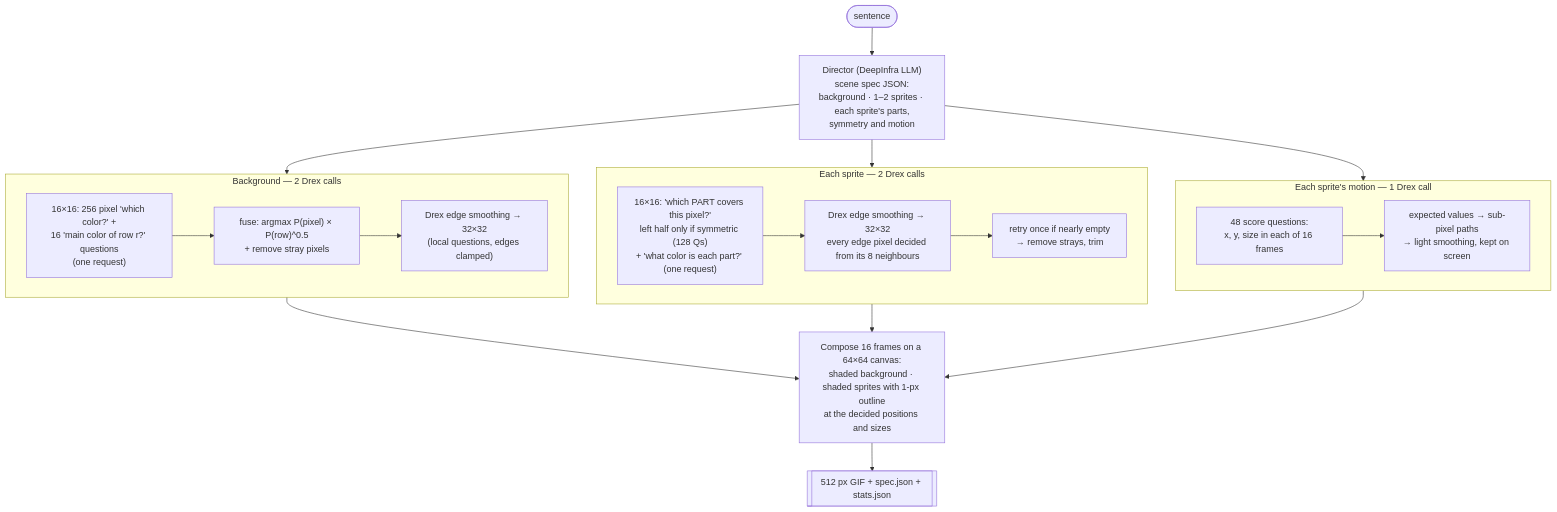
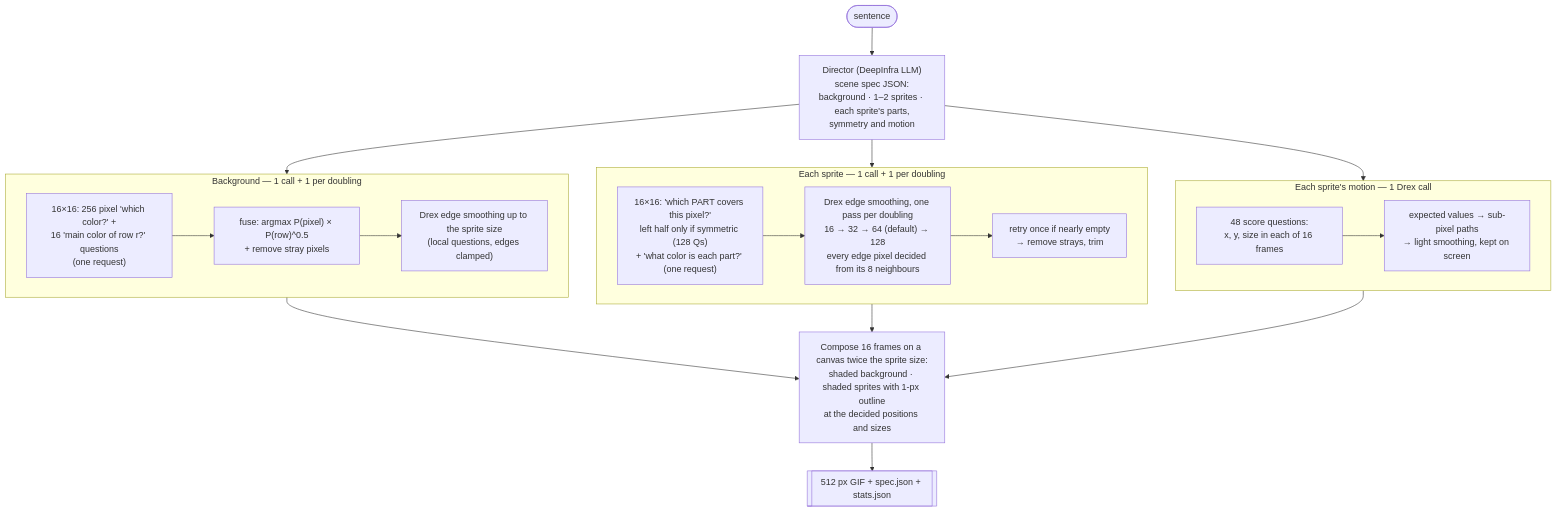
The second of 4 diagrams in docs/ARCHITECTURE.md (mauryantitans/PixelDrex), drawn with Mermaid before and after one commit. The commit also changed other lines of this file and 11 other files, not shown here.

````diff
--- a/docs/ARCHITECTURE.md
+++ b/docs/ARCHITECTURE.md
@@ -55,20 +56,20 @@
 ```mermaid
 flowchart TD
     IDEA([sentence]) --> DIR["Director (DeepInfra LLM)<br/>scene spec JSON:<br/>background · 1–2 sprites · each sprite's parts,<br/>symmetry and motion"]
 
     DIR --> BG & SP & MO
 
-    subgraph BG [Background — 2 Drex calls]
-        B1["16×16: 256 pixel 'which color?' +<br/>16 'main color of row r?' questions<br/>(one request)"] --> B2["fuse: argmax P(pixel) × P(row)^0.5<br/>+ remove stray pixels"] --> B3["Drex edge smoothing → 32×32<br/>(local questions, edges clamped)"]
+    subgraph BG [Background — 1 call + 1 per doubling]
+        B1["16×16: 256 pixel 'which color?' +<br/>16 'main color of row r?' questions<br/>(one request)"] --> B2["fuse: argmax P(pixel) × P(row)^0.5<br/>+ remove stray pixels"] --> B3["Drex edge smoothing up to the sprite size<br/>(local questions, edges clamped)"]
     end
 
-    subgraph SP [Each sprite — 2 Drex calls]
-        S1["16×16: 'which PART covers this pixel?'<br/>left half only if symmetric (128 Qs)<br/>+ 'what color is each part?' (one request)"] --> S2["Drex edge smoothing → 32×32<br/>every edge pixel decided from its 8 neighbours"] --> S3["retry once if nearly empty<br/>→ remove strays, trim"]
+    subgraph SP [Each sprite — 1 call + 1 per doubling]
+        S1["16×16: 'which PART covers this pixel?'<br/>left half only if symmetric (128 Qs)<br/>+ 'what color is each part?' (one request)"] --> S2["Drex edge smoothing, one pass per doubling<br/>16 → 32 → 64 (default) → 128<br/>every edge pixel decided from its 8 neighbours"] --> S3["retry once if nearly empty<br/>→ remove strays, trim"]
     end
 
     subgraph MO [Each sprite's motion — 1 Drex call]
         M1["48 score questions:<br/>x, y, size in each of 16 frames"] --> M2["expected values → sub-pixel paths<br/>→ light smoothing, kept on screen"]
     end
 
-    BG & SP & MO --> C["Compose 16 frames on a 64×64 canvas:<br/>shaded background · shaded sprites with 1-px outline<br/>at the decided positions and sizes"] --> GIF[["512 px GIF + spec.json + stats.json"]]
+    BG & SP & MO --> C["Compose 16 frames on a canvas twice the sprite size:<br/>shaded background · shaded sprites with 1-px outline<br/>at the decided positions and sizes"] --> GIF[["512 px GIF + spec.json + stats.json"]]
 ```
````
